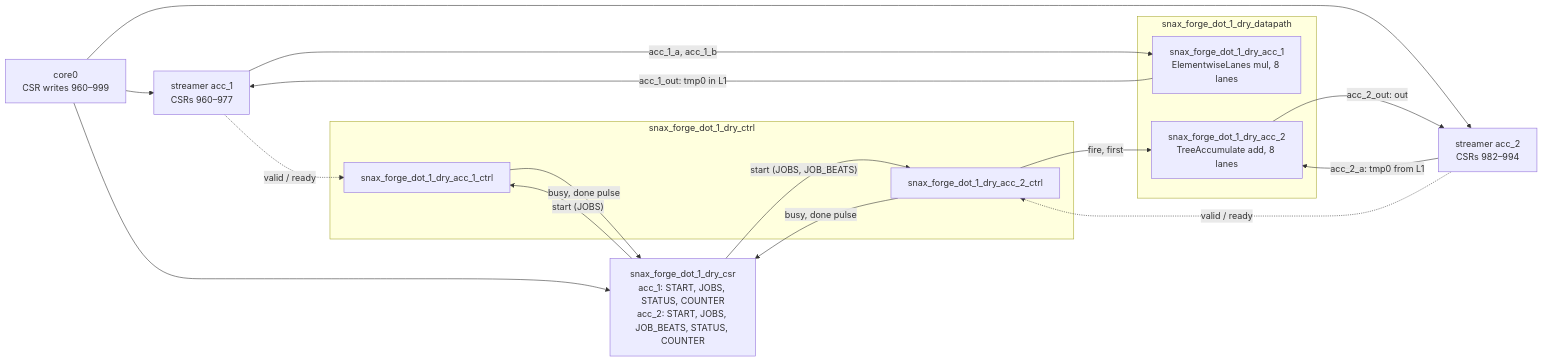
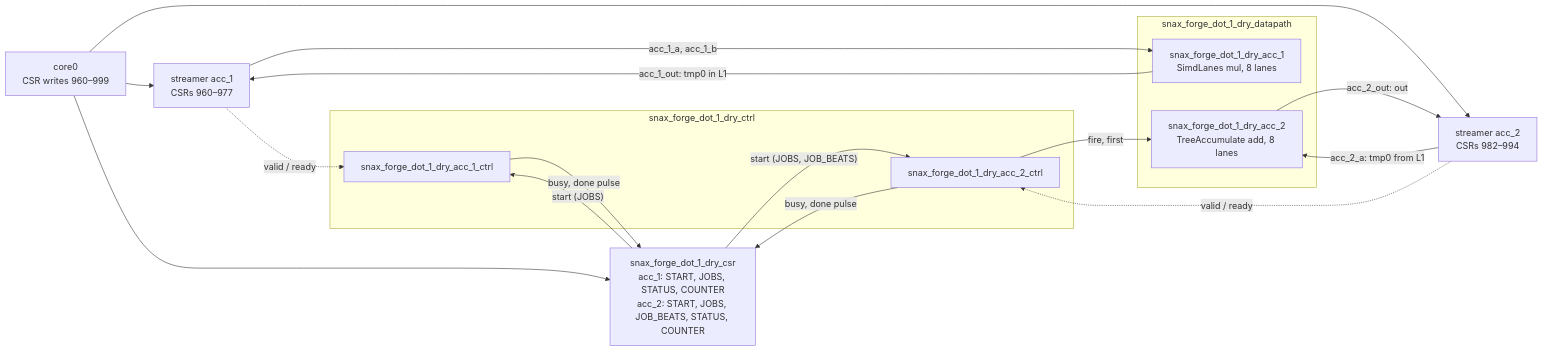
One commit to KULeuven-MICAS/snax-forge changed the diagram in examples/dryrun/2_dot_1.md. Above: the diagram before and after it, drawn with Mermaid. The commit also changed other lines of this file and 209 other files, not shown here.

````diff
--- a/examples/dryrun/2_dot_1.md
+++ b/examples/dryrun/2_dot_1.md
@@ -373,25 +373,25 @@
 ```mermaid
 flowchart LR
   core["core0<br/>CSR writes 960–999"] --> svm["streamer acc_1<br/>CSRs 960–977"]
   core --> svs["streamer acc_2<br/>CSRs 982–994"]
   core --> csr["snax_forge_dot_1_dry_csr<br/>acc_1: START, JOBS, STATUS, COUNTER<br/>acc_2: START, JOBS, JOB_BEATS, STATUS, COUNTER"]
   subgraph ctrl["snax_forge_dot_1_dry_ctrl"]
     c1["snax_forge_dot_1_dry_acc_1_ctrl"]
     c2["snax_forge_dot_1_dry_acc_2_ctrl"]
   end
   subgraph dp["snax_forge_dot_1_dry_datapath"]
-    d1["snax_forge_dot_1_dry_acc_1<br/>ElementwiseLanes mul, 8 lanes"]
+    d1["snax_forge_dot_1_dry_acc_1<br/>SimdLanes mul, 8 lanes"]
     d2["snax_forge_dot_1_dry_acc_2<br/>TreeAccumulate add, 8 lanes"]
   end
   csr -- "start (JOBS)" --> c1
   csr -- "start (JOBS, JOB_BEATS)" --> c2
   c1 -- "busy, done pulse" --> csr
   c2 -- "busy, done pulse" --> csr
   svm -- "acc_1_a, acc_1_b" --> d1
   d1 -- "acc_1_out: tmp0 in L1" --> svm
   svs -- "acc_2_a: tmp0 from L1" --> d2
   d2 -- "acc_2_out: out" --> svs
   svm -. "valid / ready" .-> c1
   svs -. "valid / ready" .-> c2
   c2 -- "fire, first" --> d2
 ```
````
